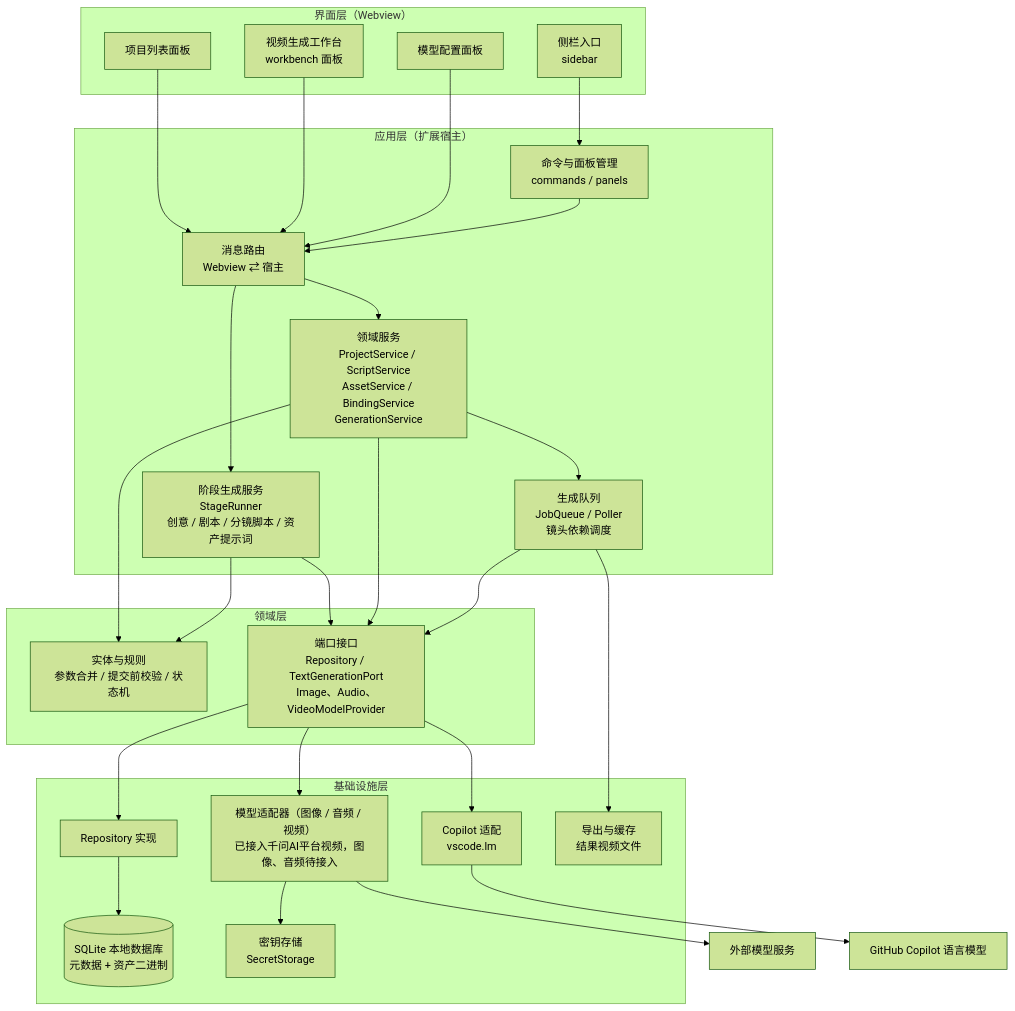
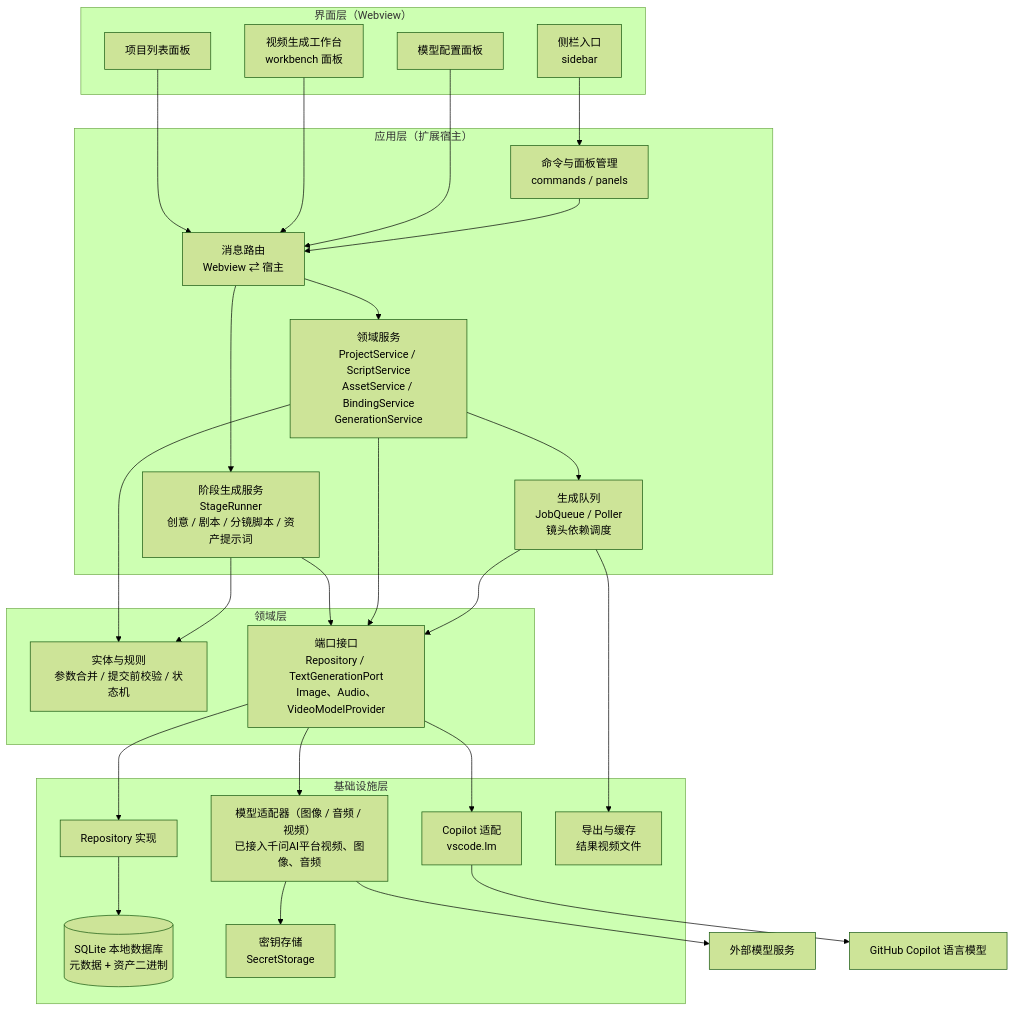
Before and after one commit to sengbin/ai-video-studio: the first of 11 diagrams in docs/ARCHITECTURE.md, drawn with Mermaid (forest theme). The commit also changed other lines of this file and 71 other files, not shown here.

````diff
--- a/docs/ARCHITECTURE.md
+++ b/docs/ARCHITECTURE.md
@@ -24,56 +25,56 @@
 ```mermaid
 flowchart TB
   subgraph UI["界面层（Webview）"]
     SB["侧栏入口<br/>sidebar"]
     WB["视频生成工作台<br/>workbench 面板"]
     PM["项目列表面板"]
     MC["模型配置面板"]
   end
 
   subgraph APP["应用层（扩展宿主）"]
     CMD["命令与面板管理<br/>commands / panels"]
     MSG["消息路由<br/>Webview ⇄ 宿主"]
     SVC["领域服务<br/>ProjectService / ScriptService<br/>AssetService / BindingService<br/>GenerationService"]
     QUE["生成队列<br/>JobQueue / Poller<br/>镜头依赖调度"]
     STG["阶段生成服务<br/>StageRunner<br/>创意 / 剧本 / 分镜脚本 / 资产提示词"]
   end
 
   subgraph DOM["领域层"]
     ENT["实体与规则<br/>参数合并 / 提交前校验 / 状态机"]
     PORT["端口接口<br/>Repository / TextGenerationPort<br/>Image、Audio、VideoModelProvider"]
   end
 
   subgraph INFRA["基础设施层"]
     DB[("SQLite 本地数据库<br/>元数据 + 资产二进制")]
     REPO["Repository 实现"]
-    PRV["模型适配器（图像 / 音频 / 视频）<br/>已接入千问AI平台视频，图像、音频待接入"]
+    PRV["模型适配器（图像 / 音频 / 视频）<br/>已接入千问AI平台视频、图像、音频"]
     COP["Copilot 适配<br/>vscode.lm"]
     SEC["密钥存储<br/>SecretStorage"]
     FS["导出与缓存<br/>结果视频文件"]
   end
 
   EXT["外部模型服务"]
   CPL["GitHub Copilot 语言模型"]
 
   SB --> CMD
   PM --> MSG
   WB --> MSG
   MC --> MSG
   CMD --> MSG
   MSG --> SVC
   MSG --> STG
   SVC --> ENT
   STG --> ENT
   STG --> PORT
   SVC --> QUE
   SVC --> PORT
   QUE --> PORT
   PORT --> REPO
   PORT --> PRV
   PORT --> COP
   COP --> CPL
   REPO --> DB
   PRV --> SEC
   PRV --> EXT
   QUE --> FS
 ```
````
